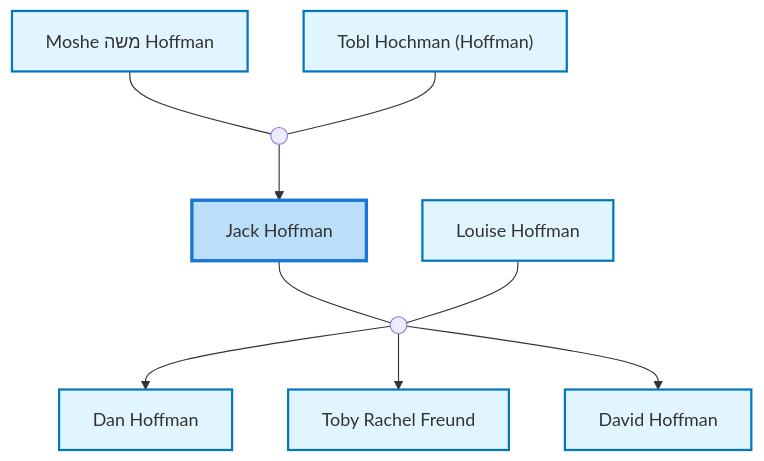
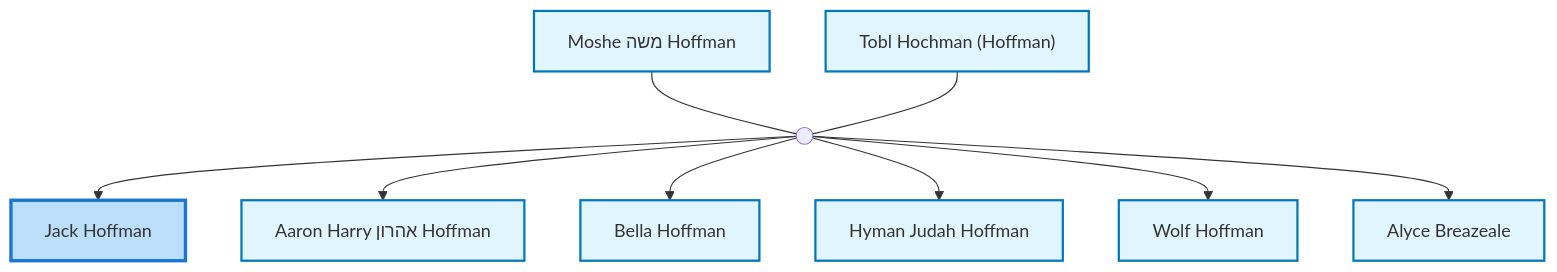
One commit to moshehoff/FamilyHistory changed the first of 3 diagrams in site/content/profiles/Jack Hoffman.md. Above: the diagram before and after it, drawn with Mermaid. The commit also changed 244 other files, not shown here.

Commit message:
Change Nuclear Family diagram to show parents and siblings, update site title to 'Hoffman Family History', revert diagram zoom to simple scaling

````diff
--- a/site/content/profiles/Jack Hoffman.md
+++ b/site/content/profiles/Jack Hoffman.md
@@ -22,37 +22,39 @@
 ```mermaid
 flowchart TD
 classDef person fill:#e1f5fe,stroke:#0277bd,stroke-width:2px;
 classDef internal-link fill:#e1f5fe,stroke:#0277bd,stroke-width:2px;
 classDef current fill:#bbdefb,stroke:#1976d2,stroke-width:3px;
 idI38736559["Jack Hoffman"]
 class idI38736559 current
 click idI38736559 "../profiles/Jack-Hoffman" "Jack Hoffman"
 idI11052340["Moshe משה Hoffman"]
 class idI11052340 internal-link
 click idI11052340 "../profiles/Moshe-%D7%9E%D7%A9%D7%94-Hoffman" "Moshe משה Hoffman"
 idI38735986["Tobl Hochman (Hoffman)"]
 class idI38735986 internal-link
 click idI38735986 "../profiles/Tobl-Hochman-%28Hoffman%29" "Tobl Hochman (Hoffman)"
 marriage_idF3776794((" "))
 idI11052340 --- marriage_idF3776794
 idI38735986 --- marriage_idF3776794
 marriage_idF3776794 --> idI38736559
-idI38739935["Louise Hoffman"]
-class idI38739935 internal-link
-click idI38739935 "../profiles/Louise-Hoffman" "Louise Hoffman"
-marriage_idF13236990((" "))
-idI38736559 --- marriage_idF13236990
-idI38739935 --- marriage_idF13236990
-idI38739984["Dan Hoffman"]
-class idI38739984 internal-link
-click idI38739984 "../profiles/Dan-Hoffman" "Dan Hoffman"
-marriage_idF13236990 --> idI38739984
-idI38740076["Toby Rachel Freund"]
-class idI38740076 internal-link
-click idI38740076 "../profiles/Toby-Rachel-Freund" "Toby Rachel Freund"
-marriage_idF13236990 --> idI38740076
-idI34633857222["David Hoffman"]
-class idI34633857222 internal-link
-click idI34633857222 "../profiles/David-Hoffman" "David Hoffman"
-marriage_idF13236990 --> idI34633857222
+idI38736184["Aaron Harry אהרון Hoffman"]
+class idI38736184 internal-link
+click idI38736184 "../profiles/Aaron-Harry-%D7%90%D7%94%D7%A8%D7%95%D7%9F-Hoffman" "Aaron Harry אהרון Hoffman"
+marriage_idF3776794 --> idI38736184
+idI38736293["Bella Hoffman"]
+class idI38736293 internal-link
+click idI38736293 "../profiles/Bella-Hoffman" "Bella Hoffman"
+marriage_idF3776794 --> idI38736293
+idI11052350["Hyman Judah Hoffman"]
+class idI11052350 internal-link
+click idI11052350 "../profiles/Hyman-Judah-Hoffman" "Hyman Judah Hoffman"
+marriage_idF3776794 --> idI11052350
+idI7293825["Wolf Hoffman"]
+class idI7293825 internal-link
+click idI7293825 "../profiles/Wolf-Hoffman" "Wolf Hoffman"
+marriage_idF3776794 --> idI7293825
+idI61277011["Alyce Breazeale"]
+class idI61277011 internal-link
+click idI61277011 "../profiles/Alyce-Breazeale" "Alyce Breazeale"
+marriage_idF3776794 --> idI61277011
 ```
````
